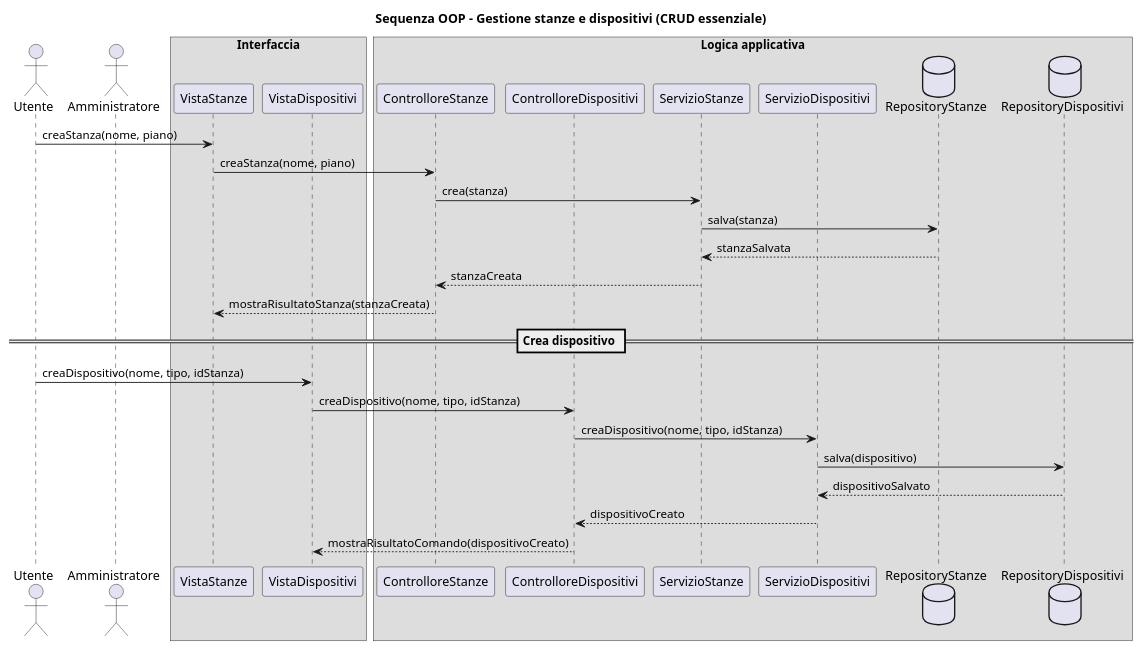
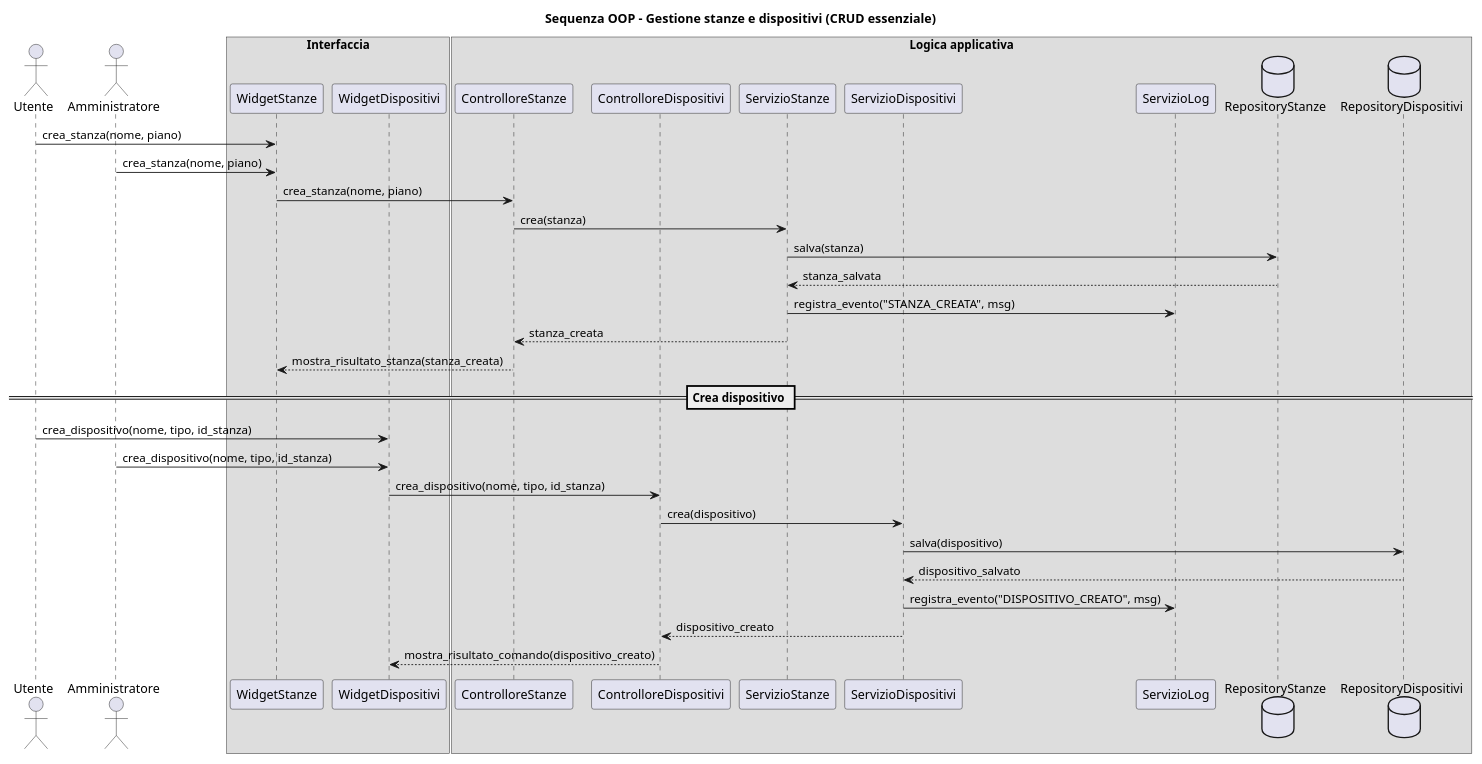
One commit to LapoCremonesi/ingegneria_del_software changed the diagram in diagramma_sequenza/diagramma_sequenza_gestione_stanze_dispositivi.puml. Above: the diagram before and after it, drawn with PlantUML. The commit also changed 69 other files, not shown here.

```diff
--- a/diagramma_sequenza/diagramma_sequenza_gestione_stanze_dispositivi.puml
+++ b/diagramma_sequenza/diagramma_sequenza_gestione_stanze_dispositivi.puml
@@ -1,38 +1,42 @@
 @startuml
 title Sequenza OOP - Gestione stanze e dispositivi (CRUD essenziale)
 
 actor Utente
 actor Amministratore
 
 box "Interfaccia"
-participant "VistaStanze" as VistaStanze
-participant "VistaDispositivi" as VistaDispositivi
+participant "WidgetStanze" as WidgetStanze
+participant "WidgetDispositivi" as WidgetDispositivi
 end box
 
 box "Logica applicativa"
 participant "ControlloreStanze" as ControlloreStanze
 participant "ControlloreDispositivi" as ControlloreDispositivi
 participant "ServizioStanze" as ServizioStanze
 participant "ServizioDispositivi" as ServizioDispositivi
+participant "ServizioLog" as ServizioLog
 database "RepositoryStanze" as RepositoryStanze
 database "RepositoryDispositivi" as RepositoryDispositivi
 end box
 
-Utente -> VistaStanze : creaStanza(nome, piano)
-VistaStanze -> ControlloreStanze : creaStanza(nome, piano)
+Utente -> WidgetStanze : crea_stanza(nome, piano)
+Amministratore -> WidgetStanze : crea_stanza(nome, piano)
+WidgetStanze -> ControlloreStanze : crea_stanza(nome, piano)
 ControlloreStanze -> ServizioStanze : crea(stanza)
 ServizioStanze -> RepositoryStanze : salva(stanza)
-RepositoryStanze --> ServizioStanze : stanzaSalvata
-ServizioStanze --> ControlloreStanze : stanzaCreata
-ControlloreStanze --> VistaStanze : mostraRisultatoStanza(stanzaCreata)
+RepositoryStanze --> ServizioStanze : stanza_salvata
+ServizioStanze -> ServizioLog : registra_evento("STANZA_CREATA", msg)
+ServizioStanze --> ControlloreStanze : stanza_creata
+ControlloreStanze --> WidgetStanze : mostra_risultato_stanza(stanza_creata)
 
 == Crea dispositivo ==
-Utente -> VistaDispositivi : creaDispositivo(nome, tipo, idStanza)
-VistaDispositivi -> ControlloreDispositivi : creaDispositivo(nome, tipo, idStanza)
-ControlloreDispositivi -> ServizioDispositivi : creaDispositivo(nome, tipo, idStanza)
+Utente -> WidgetDispositivi : crea_dispositivo(nome, tipo, id_stanza)
+Amministratore -> WidgetDispositivi : crea_dispositivo(nome, tipo, id_stanza)
+WidgetDispositivi -> ControlloreDispositivi : crea_dispositivo(nome, tipo, id_stanza)
+ControlloreDispositivi -> ServizioDispositivi : crea(dispositivo)
 ServizioDispositivi -> RepositoryDispositivi : salva(dispositivo)
-RepositoryDispositivi --> ServizioDispositivi : dispositivoSalvato
-ServizioDispositivi --> ControlloreDispositivi : dispositivoCreato
-ControlloreDispositivi --> VistaDispositivi : mostraRisultatoComando(dispositivoCreato)
-
+RepositoryDispositivi --> ServizioDispositivi : dispositivo_salvato
+ServizioDispositivi -> ServizioLog : registra_evento("DISPOSITIVO_CREATO", msg)
+ServizioDispositivi --> ControlloreDispositivi : dispositivo_creato
+ControlloreDispositivi --> WidgetDispositivi : mostra_risultato_comando(dispositivo_creato)
 @enduml
```
